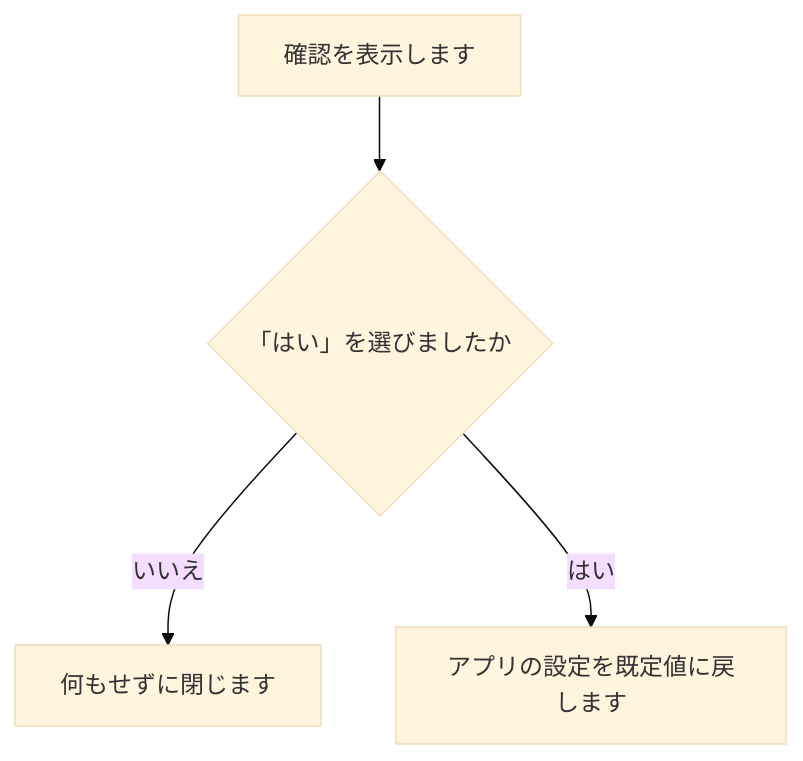
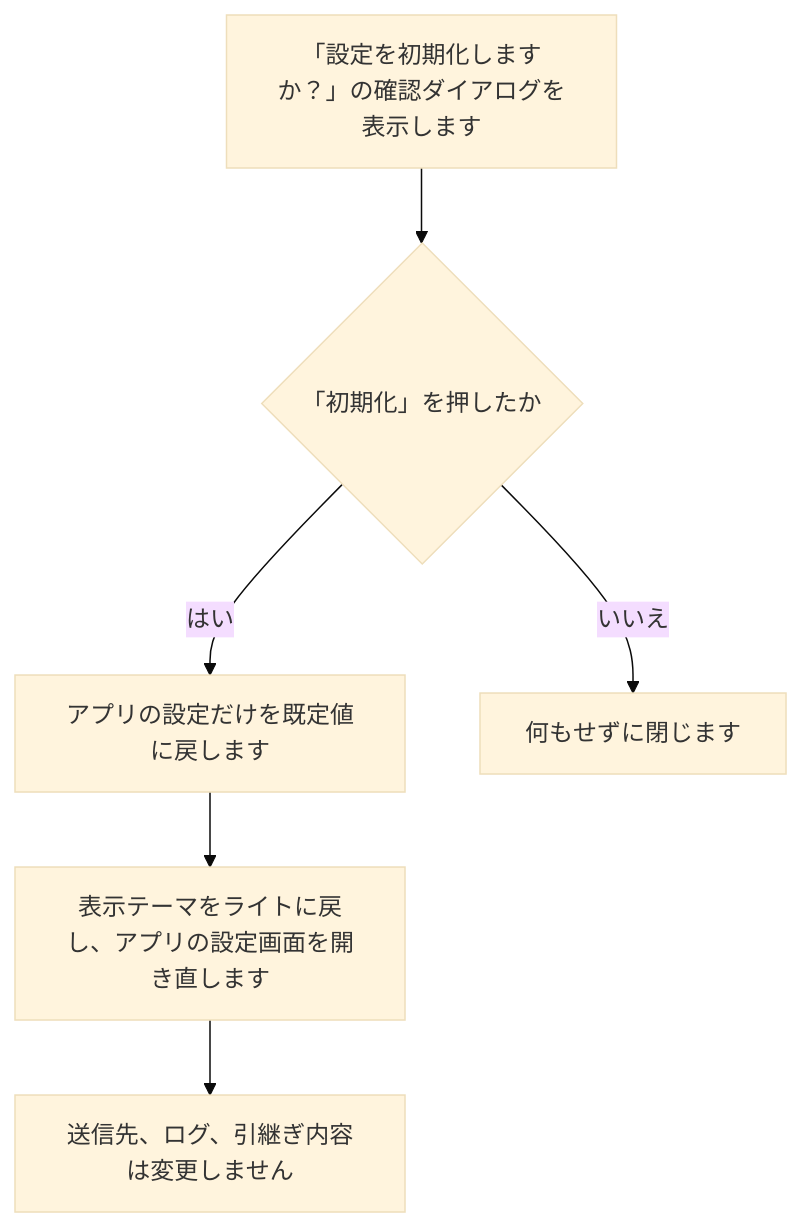
Before and after one commit to nishida2073/project_management: diagram 13 of 33 in tool/smstokintone/doc/02_設計/処理フロー.md, drawn with Mermaid (base theme). The commit also changed other lines of this file and 5 other files, not shown here.

````diff
--- a/tool/smstokintone/doc/02_設計/処理フロー.md
+++ b/tool/smstokintone/doc/02_設計/処理フロー.md
@@ -169,6 +234,8 @@
 ```mermaid
 flowchart TD
-  A[確認を表示します] --> B{「はい」を選びましたか}
-  B -- いいえ --> C[何もせずに閉じます]
-  B -- はい --> D[アプリの設定を既定値に戻します]
+  A["「設定を初期化しますか？」の確認ダイアログを表示します"] --> B{"「初期化」を押したか"}
+  B -- はい --> D["アプリの設定だけを既定値に戻します"]
+  B -- いいえ --> C["何もせずに閉じます"]
+  D --> E["表示テーマをライトに戻し、アプリの設定画面を開き直します"]
+  E --> F["送信先、ログ、引継ぎ内容は変更しません"]
 ```
````
